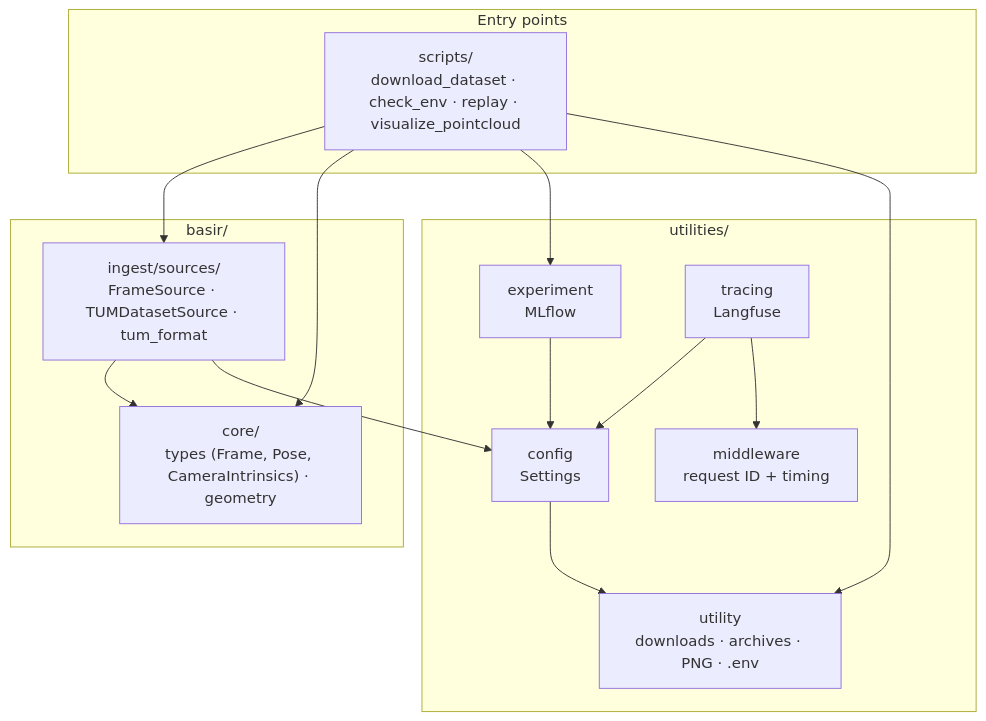
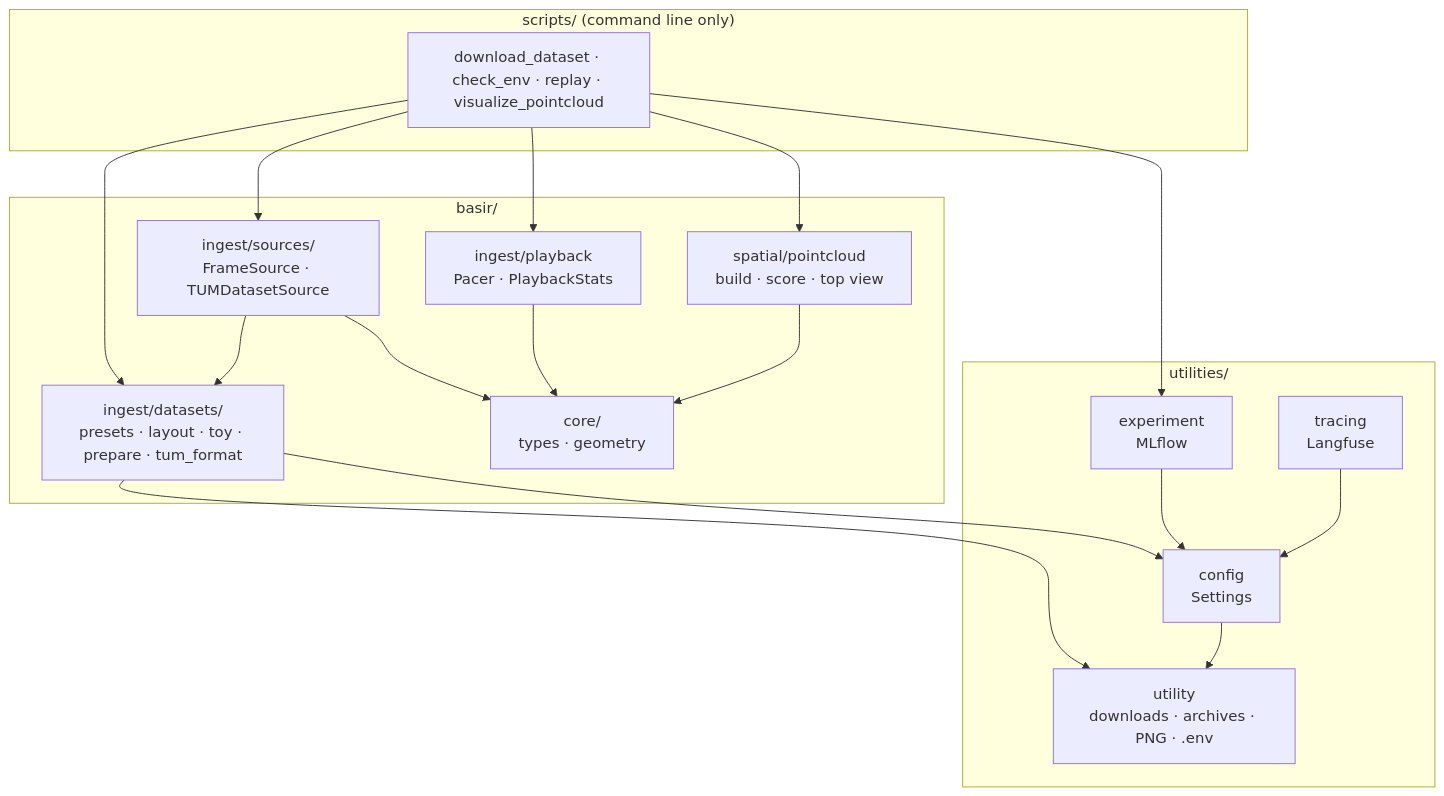
One commit to omarTBakr/Basir changed the second of 2 diagrams in README.md. Above: the diagram before and after it, drawn with Mermaid. The commit also changed other lines of this file and 98 other files, not shown here.

````diff
--- a/README.md
+++ b/README.md
@@ -158,27 +153,33 @@
 ```mermaid
 flowchart TB
-  subgraph entry["Entry points"]
-    scripts["scripts/<br/>download_dataset · check_env · replay · visualize_pointcloud"]
+  subgraph entry["scripts/ (command line only)"]
+    scripts["download_dataset · check_env · replay · visualize_pointcloud"]
   end
   subgraph domain["basir/"]
-    core["core/<br/>types (Frame, Pose, CameraIntrinsics) · geometry"]
-    ingest["ingest/sources/<br/>FrameSource · TUMDatasetSource · tum_format"]
+    core["core/<br/>types · geometry"]
+    datasets["ingest/datasets/<br/>presets · layout · toy · prepare · tum_format"]
+    sources["ingest/sources/<br/>FrameSource · TUMDatasetSource"]
+    playback["ingest/playback<br/>Pacer · PlaybackStats"]
+    spatial["spatial/pointcloud<br/>build · score · top view"]
   end
   subgraph shared["utilities/"]
     config["config<br/>Settings"]
     exp["experiment<br/>MLflow"]
     trace["tracing<br/>Langfuse"]
-    mw["middleware<br/>request ID + timing"]
     util["utility<br/>downloads · archives · PNG · .env"]
   end
-  scripts --> ingest
-  scripts --> core
+  scripts --> datasets
+  scripts --> sources
+  scripts --> playback
+  scripts --> spatial
   scripts --> exp
-  scripts --> util
-  ingest --> core
-  ingest --> config
+  datasets --> util
+  datasets --> config
+  sources --> datasets
+  sources --> core
+  playback --> core
+  spatial --> core
   exp --> config
   trace --> config
-  trace --> mw
   config --> util
 ```
````
